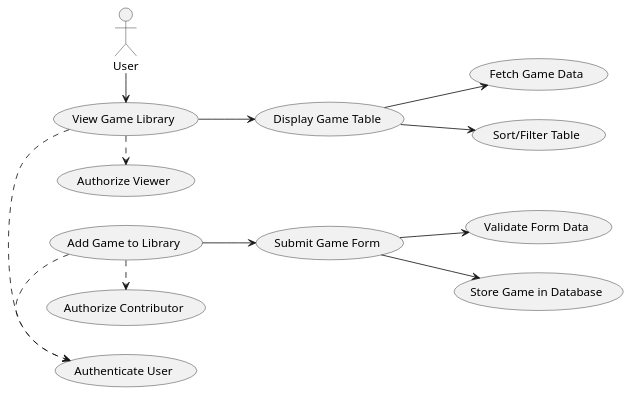
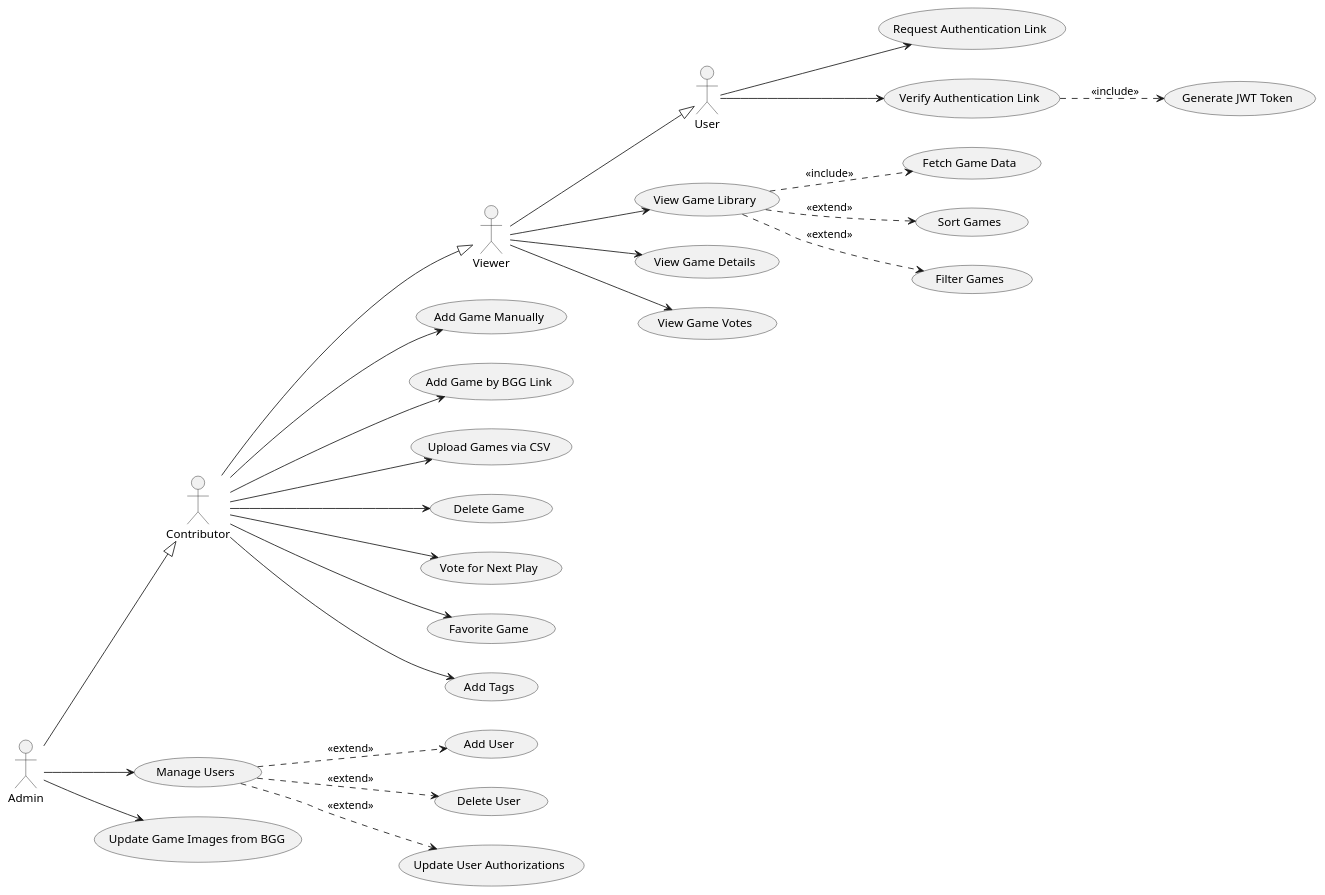
The first of 5 diagrams in Game Group Site.md (leshmark/gamegroup), drawn with PlantUML before and after one commit. The commit also changed other lines of this file and 1 other file, not shown here.

````diff
--- a/Game Group Site.md
+++ b/Game Group Site.md
@@ -30,20 +69,52 @@
 ```plantuml
-left to right direction 
-'User Stories
+@startuml
+left to right direction
+
+' Actors with inheritance
 actor User
-User -> (View Game Library)
-' (View Game Library) .> User : if Viewer
-' View Game Library includes Authentication and Authorization
-(View Game Library) .> (Authenticate User)
-(View Game Library) .> (Authorize Viewer)
-(Add Game to Library) .> (Authenticate User)
-(Add Game to Library) .> (Authorize Contributor)
-(View Game Library) --> (Display Game Table)
-(Display Game Table) --> (Fetch Game Data)
-(Display Game Table) --> (Sort/Filter Table)
-(Add Game to Library) --> (Submit Game Form)
-(Submit Game Form) --> (Validate Form Data)
-(Submit Game Form) --> (Store Game in Database)
+actor Viewer
+actor Contributor
+actor Admin
+
+Viewer --|> User
+Contributor --|> Viewer
+Admin --|> Contributor
+
+' Authentication Use Cases (all users)
+User --> (Request Authentication Link)
+User --> (Verify Authentication Link)
+(Verify Authentication Link) ..> (Generate JWT Token) : <<include>>
+
+' Game Library Viewing (Viewer+)
+Viewer --> (View Game Library)
+(View Game Library) ..> (Fetch Game Data) : <<include>>
+(View Game Library) ..> (Sort Games) : <<extend>>
+(View Game Library) ..> (Filter Games) : <<extend>>
+Viewer --> (View Game Details)
+Viewer --> (View Game Votes)
+
+' Game Management (Contributor+)
+Contributor --> (Add Game Manually)
+Contributor --> (Add Game by BGG Link)
+Contributor --> (Upload Games via CSV)
+Contributor --> (Delete Game)
+Contributor --> (Vote for Next Play)
+Contributor --> (Favorite Game)
+
+' Admin Functions (Admin only)
+Admin --> (Manage Users)
+(Manage Users) ..> (Add User) : <<extend>>
+(Manage Users) ..> (Delete User) : <<extend>>
+(Manage Users) ..> (Update User Authorizations) : <<extend>>
+Admin --> (Update Game Images from BGG)
+
+' Tag Management (planned)
+' note right of (View Tags)
+'   Planned features
+'   not yet implemented
+' end note
+' Viewer --> (View Tags)
+Contributor --> (Add Tags)
 
 @enduml
 ```
````
